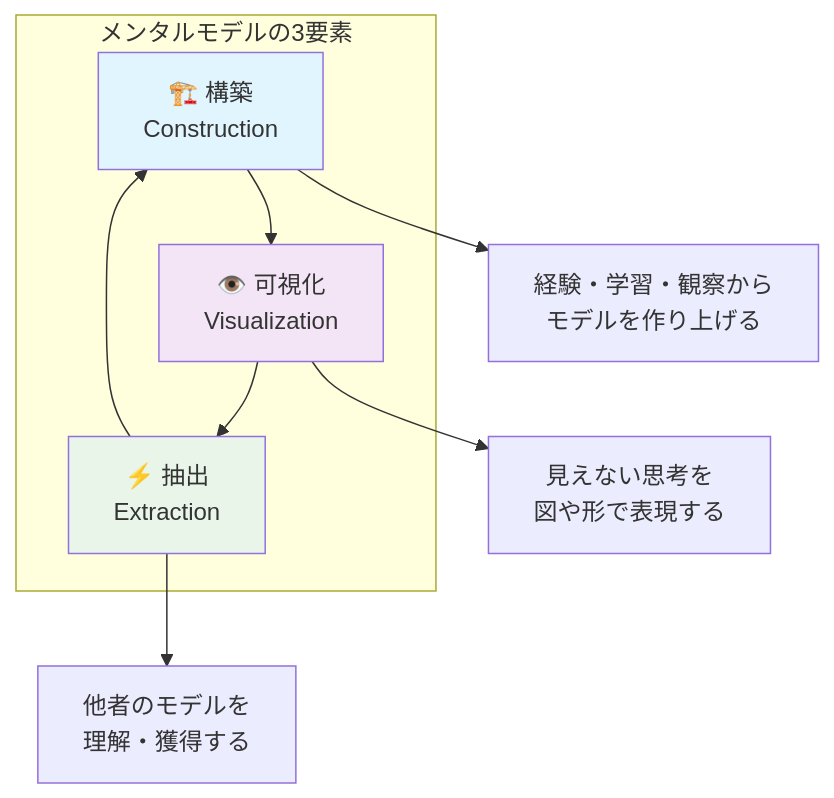
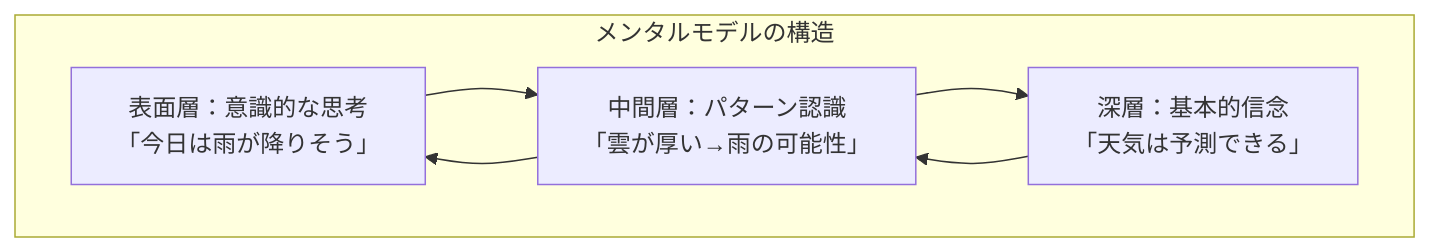
Before and after one commit to SparklingDetergent/doc_genai_mental_model: the second of 13 diagrams in README.md, drawn with Mermaid. The commit also changed other lines of this file, not shown here.

````diff
--- a/README.md
+++ b/README.md
@@ -96,20 +44,17 @@
 ```mermaid
 graph TB
-    subgraph "メンタルモデルの3要素"
-        A[🏗️ 構築<br/>Construction]
-        B[👁️ 可視化<br/>Visualization]
-        C[⚡ 抽出<br/>Extraction]
-        
-        A --> B
-        B --> C
-        C --> A
+    subgraph "メンタルモデルの構造"
+        A[表面層：意識的な思考<br/>「今日は雨が降りそう」]
+        B[中間層：パターン認識<br/>「雲が厚い→雨の可能性」]
+        C[深層：基本的信念<br/>「天気は予測できる」]
     end
     
-    A --> D[経験・学習・観察から<br/>モデルを作り上げる]
-    B --> E[見えない思考を<br/>図や形で表現する]
-    C --> F[他者のモデルを<br/>理解・獲得する]
+    A --> B
+    B --> C
+    C --> B
+    B --> A
     
-    style A fill:#e1f5fe
-    style B fill:#f3e5f5
-    style C fill:#e8f5e8
+    click A "#意識的思考" "意識的思考の仕組み"
+    click B "#パターン認識" "パターン認識について"
+    click C "#基本信念" "基本信念の形成"
 ```
````
